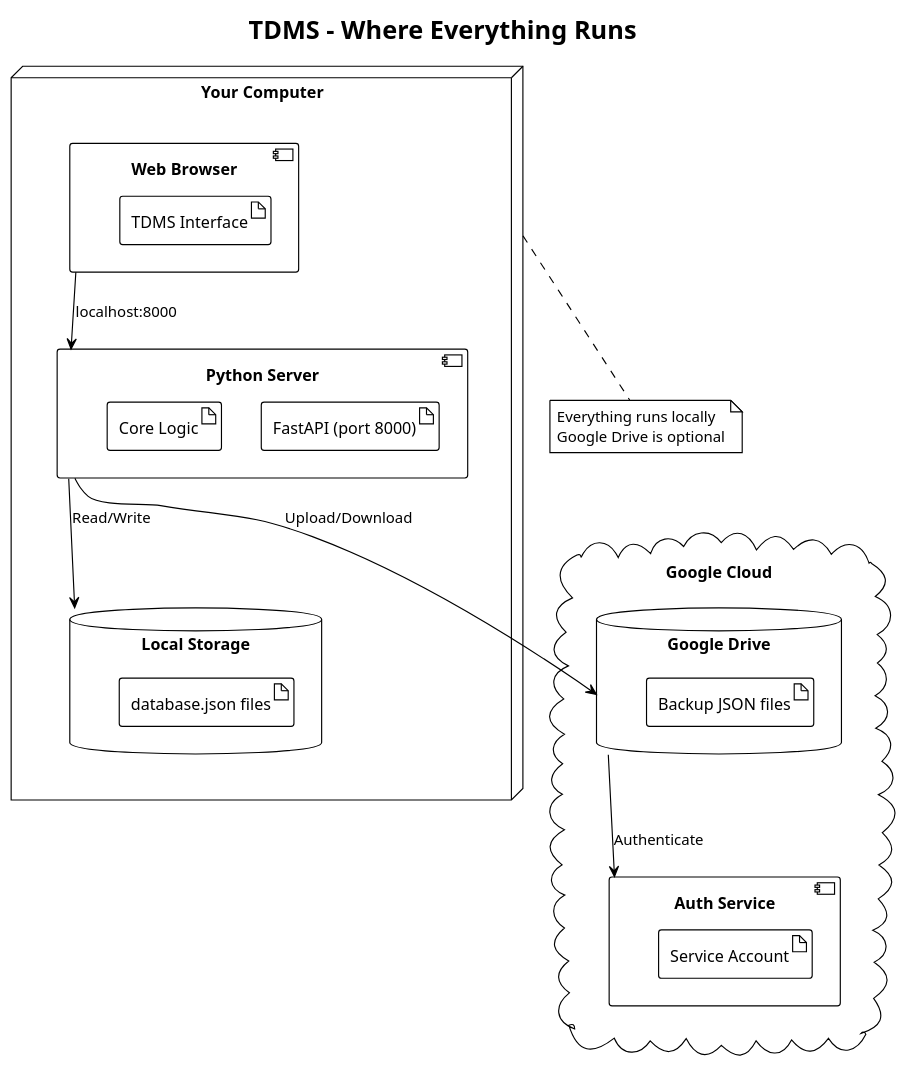
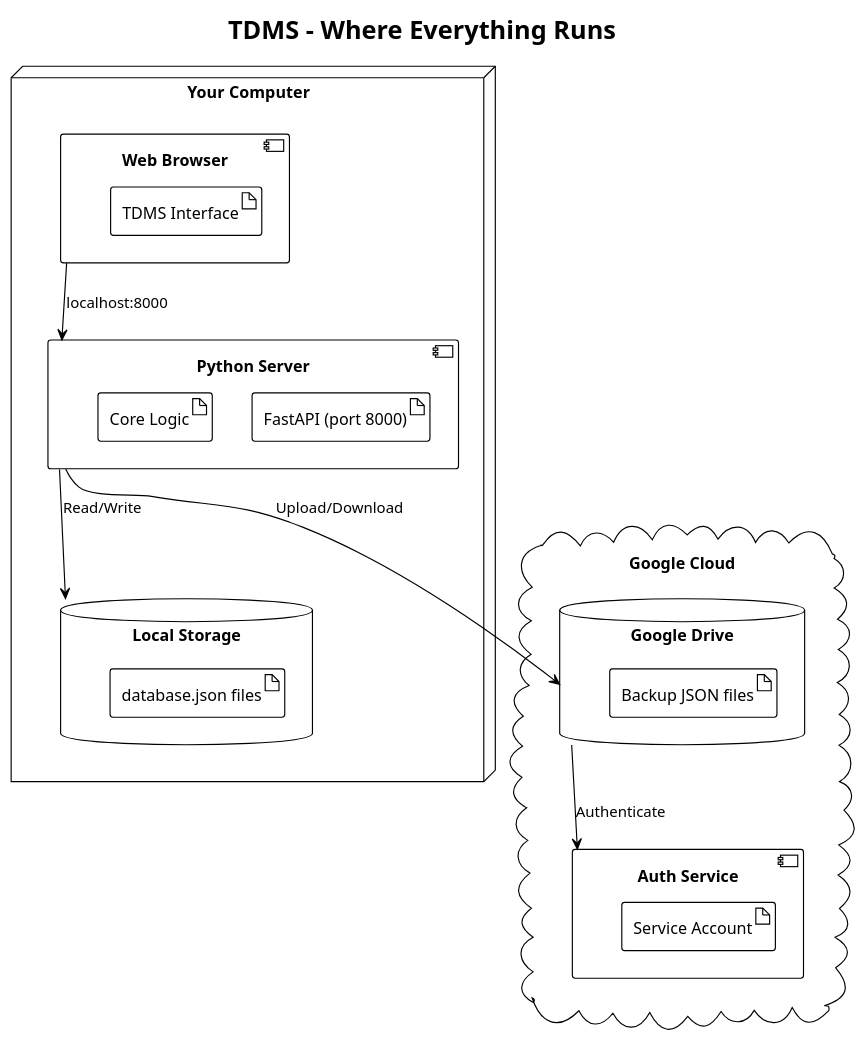
Before and after one commit to PavelShpagin/TDMS: the diagram in UML/09_deployment.puml, drawn with PlantUML. The commit also changed 44 other files, not shown here.

```diff
--- a/UML/09_deployment.puml
+++ b/UML/09_deployment.puml
@@ -1,40 +1,37 @@
 @startuml deployment
 !theme plain
 title TDMS - Where Everything Runs
 
 node "Your Computer" {
   component "Web Browser" {
     artifact "TDMS Interface"
   }
   
   component "Python Server" {
     artifact "FastAPI (port 8000)"
     artifact "Core Logic"
   }
   
   database "Local Storage" {
     artifact "database.json files"
   }
 }
 
 cloud "Google Cloud" {
   database "Google Drive" {
     artifact "Backup JSON files"
   }
   
   component "Auth Service" {
     artifact "Service Account"
   }
 }
 
 [Web Browser] --> [Python Server] : localhost:8000
 [Python Server] --> [Local Storage] : Read/Write
 [Python Server] --> [Google Drive] : Upload/Download
 [Google Drive] --> [Auth Service] : Authenticate
 
-note bottom of "Your Computer"
-  Everything runs locally
-  Google Drive is optional
-end note
+
 
 @enduml
```
